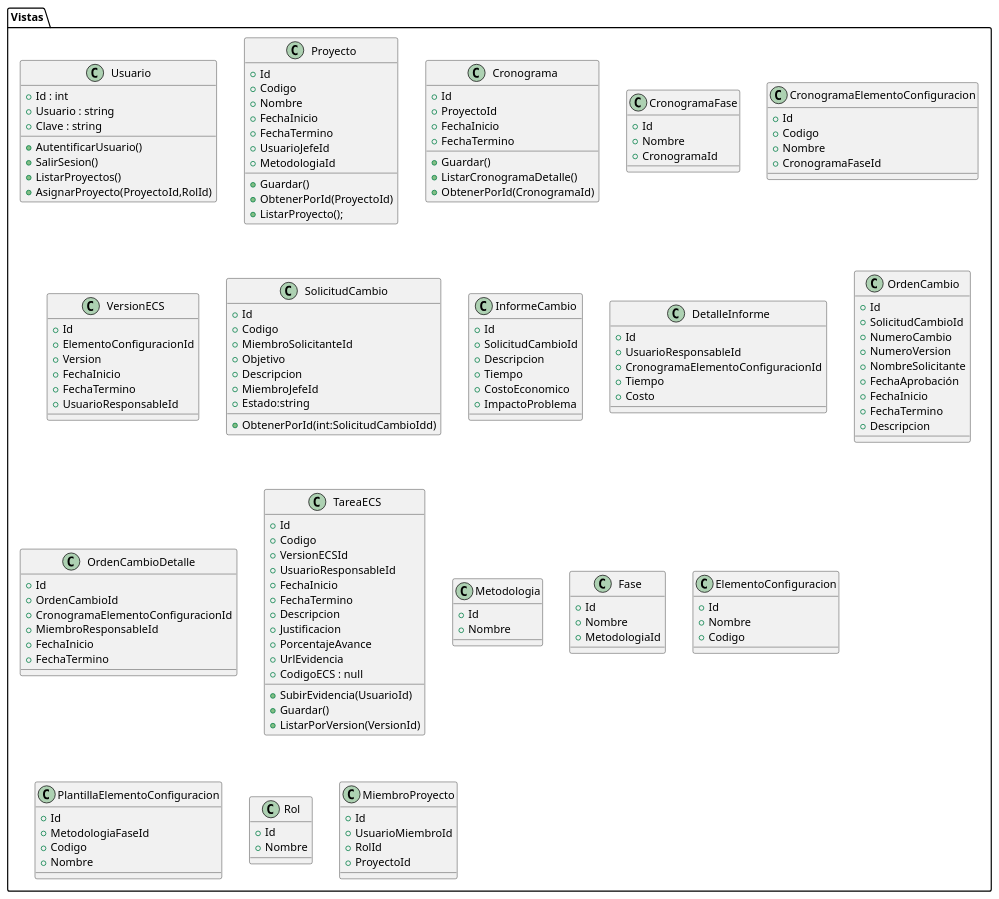
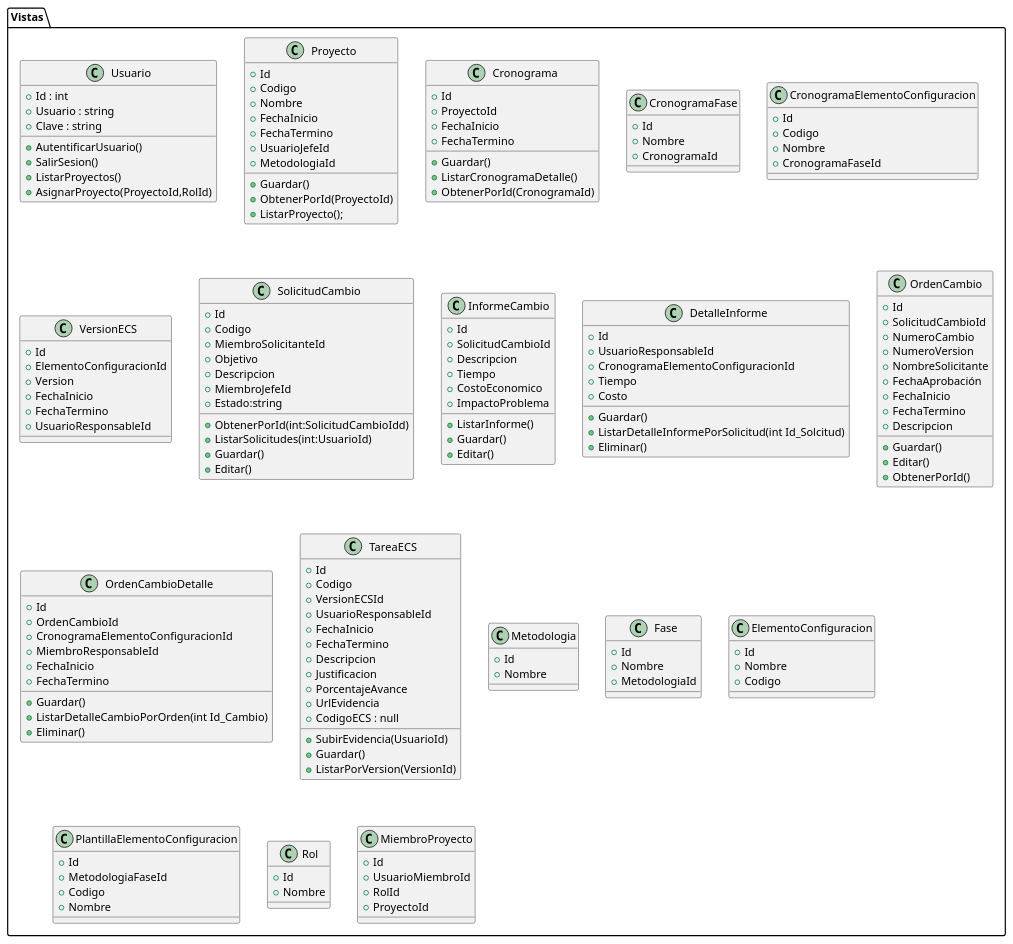
Before and after one commit to LaNsDiego/LaravelGestion: the diagram in documentacion/uml/diagrama_clase_vistas_gestion_v2.plantuml, drawn with PlantUML.

Commit message:
Avance
Solciitud, informe, orden de cambio

```diff
--- a/documentacion/uml/diagrama_clase_vistas_gestion_v2.plantuml
+++ b/documentacion/uml/diagrama_clase_vistas_gestion_v2.plantuml
@@ -1,176 +1,193 @@
 @startuml vistas
 
 
 package "Vistas"{
     class Usuario {
     +Id : int
     +Usuario : string
     +Clave : string
     +AutentificarUsuario()
     +SalirSesion()
     +ListarProyectos()
     +AsignarProyecto(ProyectoId,RolId)
     }
 
     class Proyecto {
         +Id
         +Codigo
         +Nombre
         +FechaInicio
         +FechaTermino
         +UsuarioJefeId
         +MetodologiaId
         +Guardar()
         +ObtenerPorId(ProyectoId)
         +ListarProyecto();
     }
 
 
     class Cronograma{
         +Id
         +ProyectoId
         +FechaInicio
         +FechaTermino
         
         +Guardar()
         +ListarCronogramaDetalle()
         +ObtenerPorId(CronogramaId)
     }
 
     class CronogramaFase{
         +Id
         +Nombre
         +CronogramaId
     }
 
     class CronogramaElementoConfiguracion{
         +Id
         +Codigo
         +Nombre
         +CronogramaFaseId
     }
 
     class VersionECS{
         +Id
         +ElementoConfiguracionId
         +Version
         +FechaInicio
         +FechaTermino
         +UsuarioResponsableId
     }
 
 
 
     class SolicitudCambio{
         +Id
         +Codigo
         +MiembroSolicitanteId
         +Objetivo
         +Descripcion
         +MiembroJefeId
         +Estado:string  
         +ObtenerPorId(int:SolicitudCambioIdd)
+        +ListarSolicitudes(int:UsuarioId)
+        +Guardar()
+        +Editar()
+        
     }
 
 
     class InformeCambio{
         +Id
         +SolicitudCambioId
         +Descripcion
         +Tiempo
         +CostoEconomico
         +ImpactoProblema
+        +ListarInforme()
+        +Guardar()
+        +Editar()
     }
 
     class DetalleInforme {
         +Id
         +UsuarioResponsableId
         +CronogramaElementoConfiguracionId
         +Tiempo
         +Costo
+        +Guardar()
+        +ListarDetalleInformePorSolicitud(int Id_Solcitud)
+        +Eliminar()
     }
 
 
     class OrdenCambio {
         +Id
         +SolicitudCambioId
         +NumeroCambio
         +NumeroVersion
         +NombreSolicitante
         +FechaAprobación
         +FechaInicio
         +FechaTermino
         +Descripcion
+        +Guardar()
+        +Editar()
+        +ObtenerPorId()
+        
     }
 
 
     class OrdenCambioDetalle{
         +Id
         +OrdenCambioId
         +CronogramaElementoConfiguracionId
         +MiembroResponsableId
         +FechaInicio
         +FechaTermino
+        +Guardar()
+        +ListarDetalleCambioPorOrden(int Id_Cambio)
+        +Eliminar()
     }
 
     class TareaECS{
         +Id
         +Codigo
         +VersionECSId
         +UsuarioResponsableId
         +FechaInicio
         +FechaTermino
         +Descripcion
         +Justificacion
         +PorcentajeAvance
         +UrlEvidencia
         +CodigoECS : null
         +SubirEvidencia(UsuarioId)
         +Guardar()
         +ListarPorVersion(VersionId)
     }
 
 
 
     class Metodologia{
         +Id
         +Nombre
     }
 
     class Fase{
         +Id
         +Nombre
         +MetodologiaId
     }
 
     class ElementoConfiguracion{
         +Id
         +Nombre
         +Codigo
     }
 
     class PlantillaElementoConfiguracion{
         +Id
         +MetodologiaFaseId
         +Codigo
         +Nombre
     }
 
 
 
     ' ALEX
     class Rol{
         +Id
         +Nombre
     }
 
 
     class MiembroProyecto{
         +Id
         +UsuarioMiembroId
         +RolId
         +ProyectoId
     }
 }
 
 @enduml
```
